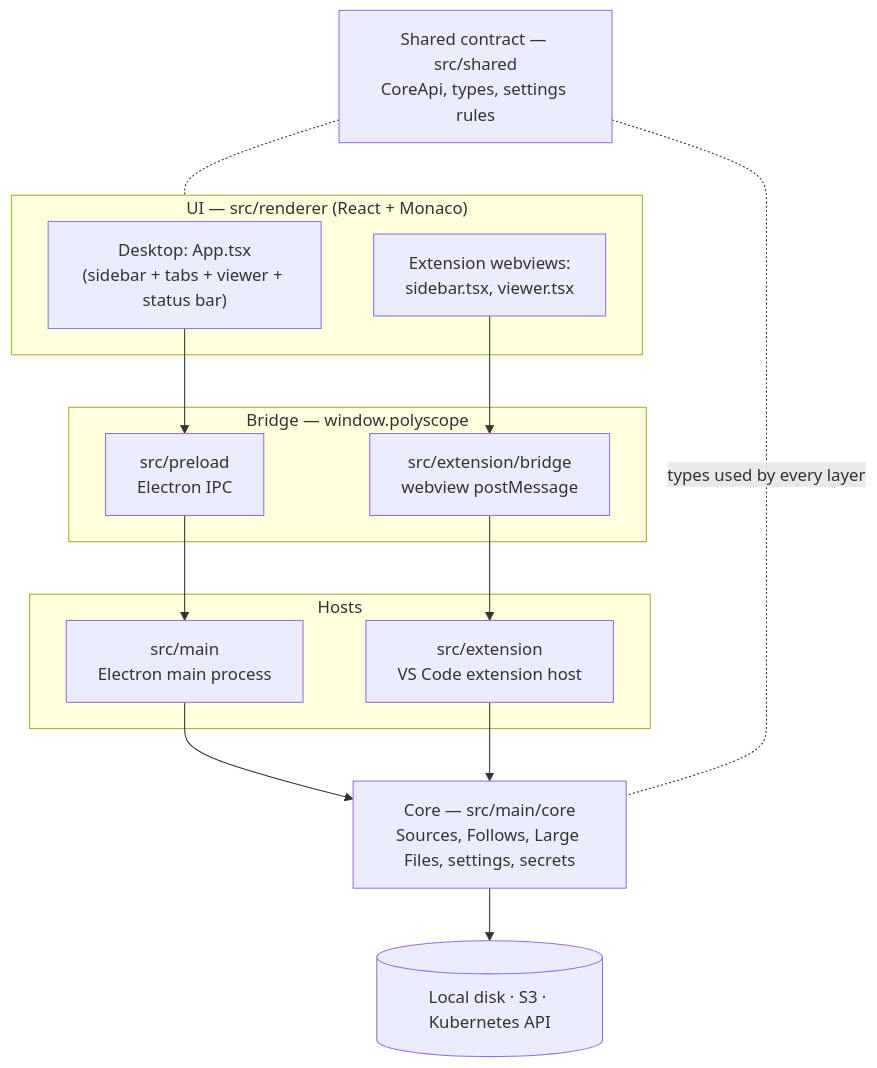
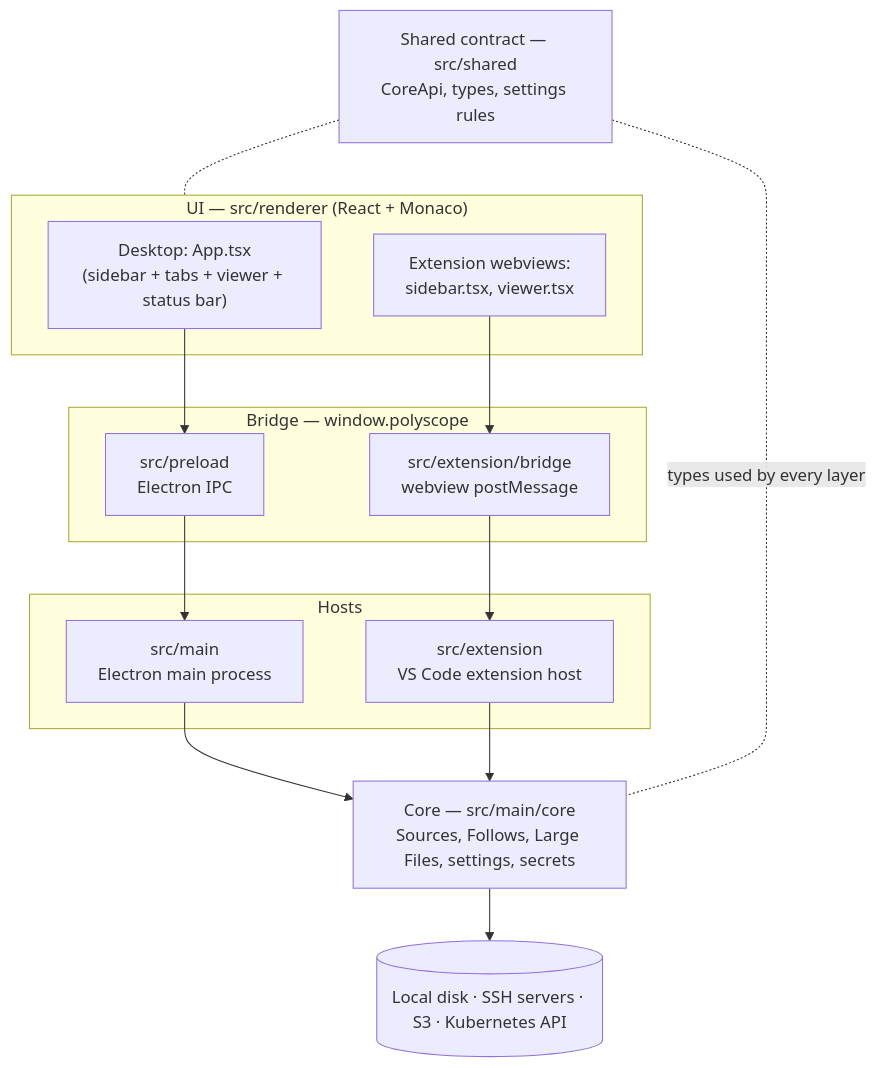
The first of 7 diagrams in docs/architecture.md (ducttapeworksorg/polyscope), drawn with Mermaid before and after one commit. The commit also changed other lines of this file and 31 other files, not shown here.

````diff
--- a/docs/architecture.md
+++ b/docs/architecture.md
@@ -41,24 +41,24 @@
 ```mermaid
 flowchart TB
   subgraph UI["UI — src/renderer (React + Monaco)"]
     App["Desktop: App.tsx<br/>(sidebar + tabs + viewer + status bar)"]
     Ext["Extension webviews:<br/>sidebar.tsx, viewer.tsx"]
   end
   subgraph Bridge["Bridge — window.polyscope"]
     Preload["src/preload<br/>Electron IPC"]
     PostMsg["src/extension/bridge<br/>webview postMessage"]
   end
   subgraph Hosts["Hosts"]
     Main["src/main<br/>Electron main process"]
     ExtHost["src/extension<br/>VS Code extension host"]
   end
   Core["Core — src/main/core<br/>Sources, Follows, Large Files, settings, secrets"]
   Shared["Shared contract — src/shared<br/>CoreApi, types, settings rules"]
-  Backends[("Local disk · S3 · Kubernetes API")]
+  Backends[("Local disk · SSH servers · S3 · Kubernetes API")]
 
   App --> Preload --> Main --> Core
   Ext --> PostMsg --> ExtHost --> Core
   Core --> Backends
   Shared -. "types used by every layer" .- Core
   Shared -.- UI
 ```
````
